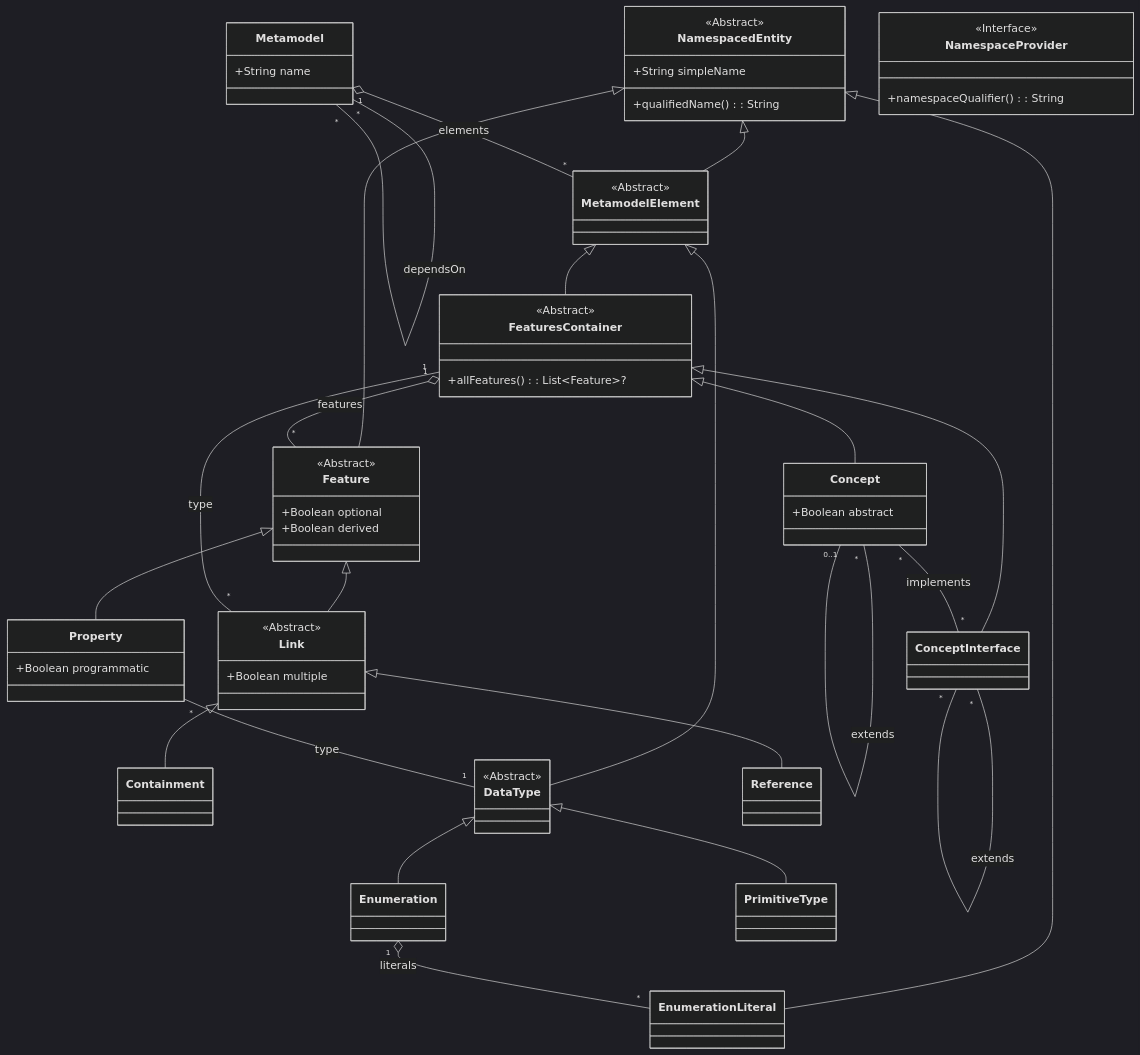
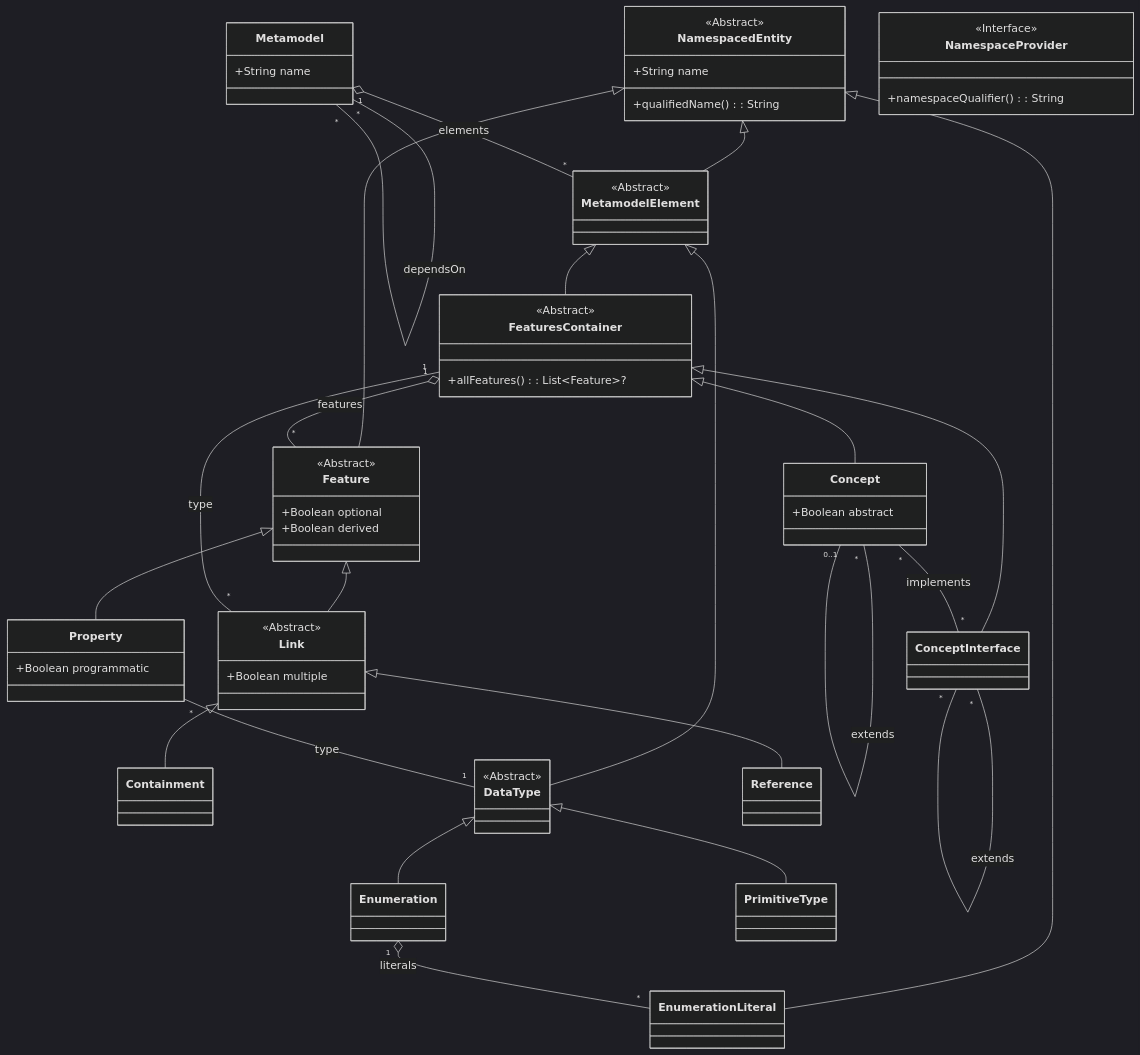
Before and after one commit to LionWeb-io/lionweb-typescript: the diagram in diagrams/metametamodel-gen.md, drawn with Mermaid (dark theme). The commit also changed 21 other files, not shown here.

Commit message:
rename 'NamespacedEntity.simpleName' -> '.name'

```diff
--- a/diagrams/metametamodel-gen.md
+++ b/diagrams/metametamodel-gen.md
@@ -55,7 +55,7 @@
   <<Interface>> NamespaceProvider
 
   class NamespacedEntity {
-    +String simpleName
+    +String name
     +qualifiedName() : String
   }
   <<Abstract>> NamespacedEntity
```
